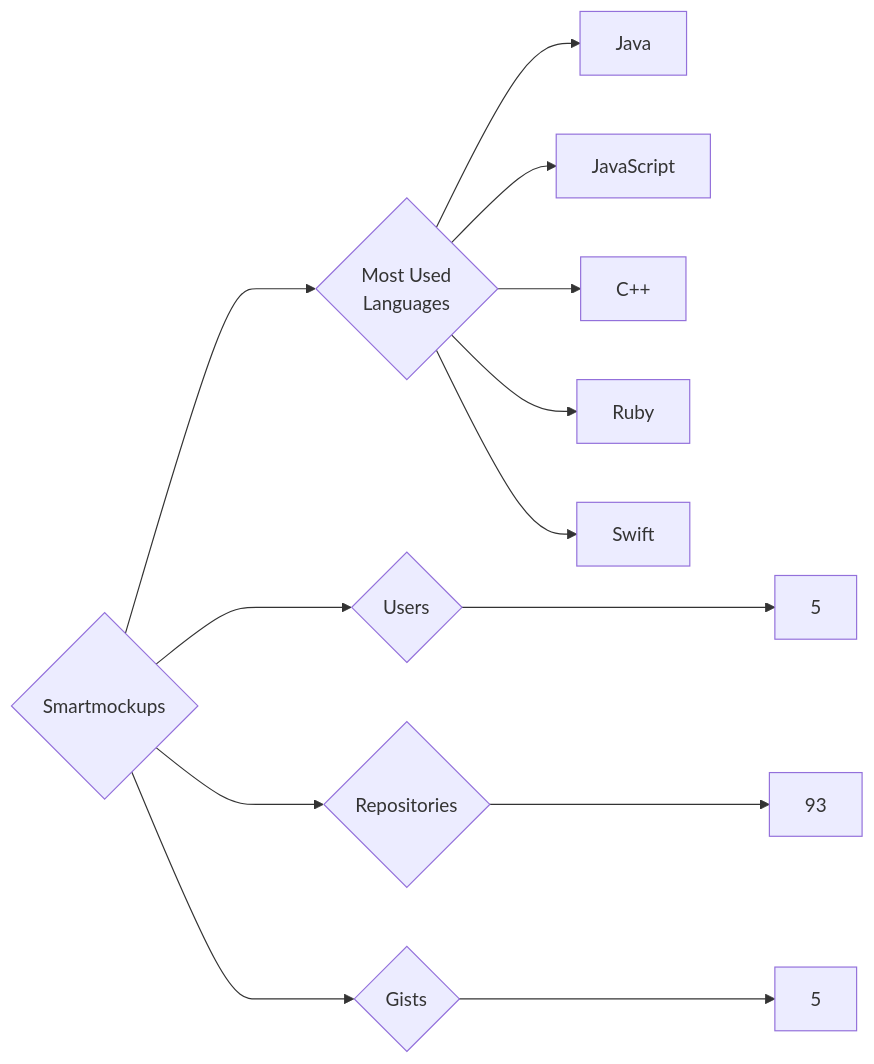
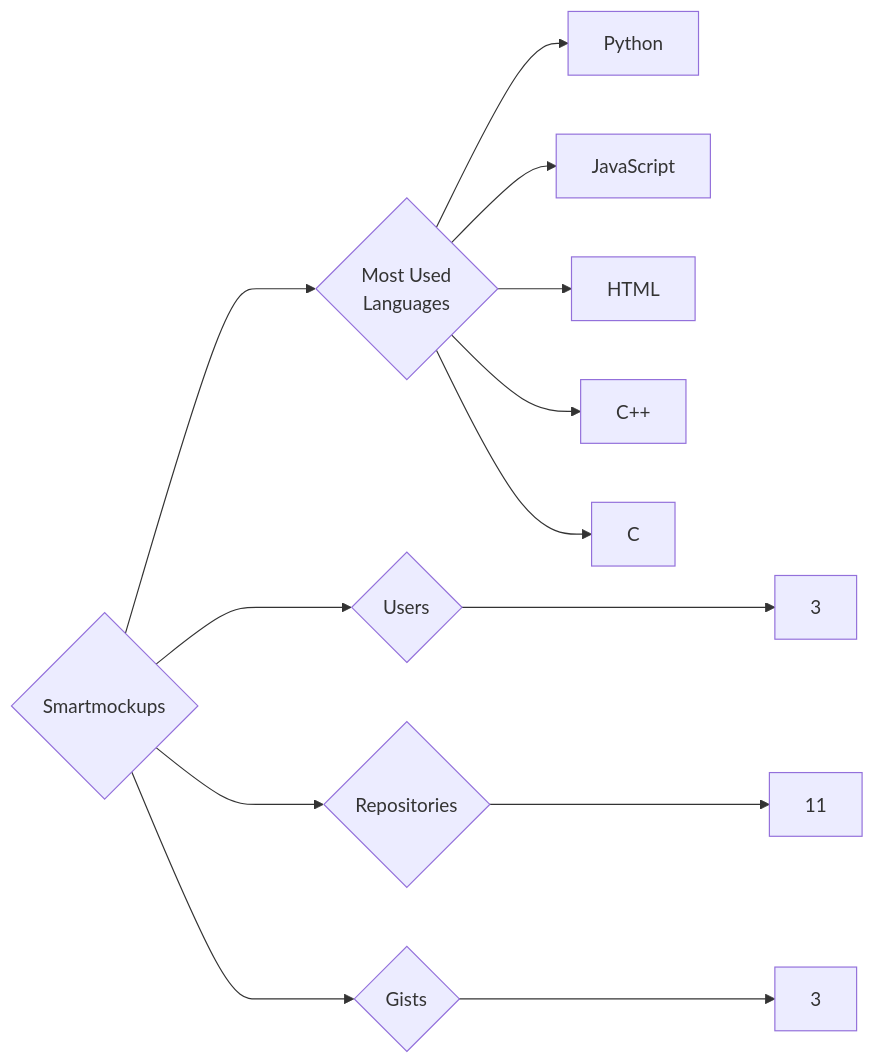
One commit to trickest/insiders changed the diagram in targets/Smartmockups/README.md. Above: the diagram before and after it, drawn with Mermaid. The commit also changed 1496 other files, not shown here.

````diff
--- a/targets/Smartmockups/README.md
+++ b/targets/Smartmockups/README.md
@@ -3,13 +3,13 @@
 ```mermaid
 graph LR
 COMPANY_NAME{Smartmockups}
-COMPANY_NAME ---> U{Users} ---> UN[5]
-COMPANY_NAME ---> R{Repositories} ---> RN[93]
-COMPANY_NAME ---> G{Gists} ---> GN[5]
+COMPANY_NAME ---> U{Users} ---> UN[3]
+COMPANY_NAME ---> R{Repositories} ---> RN[11]
+COMPANY_NAME ---> G{Gists} ---> GN[3]
 COMPANY_NAME ---> ML{Most Used<br>Languages}
-ML --> Java[Java]
+ML --> Python[Python]
 ML --> JavaScript[JavaScript]
+ML --> HTML[HTML]
 ML --> C++[C++]
-ML --> Ruby[Ruby]
-ML --> Swift[Swift]
+ML --> C[C]
 ```
````
